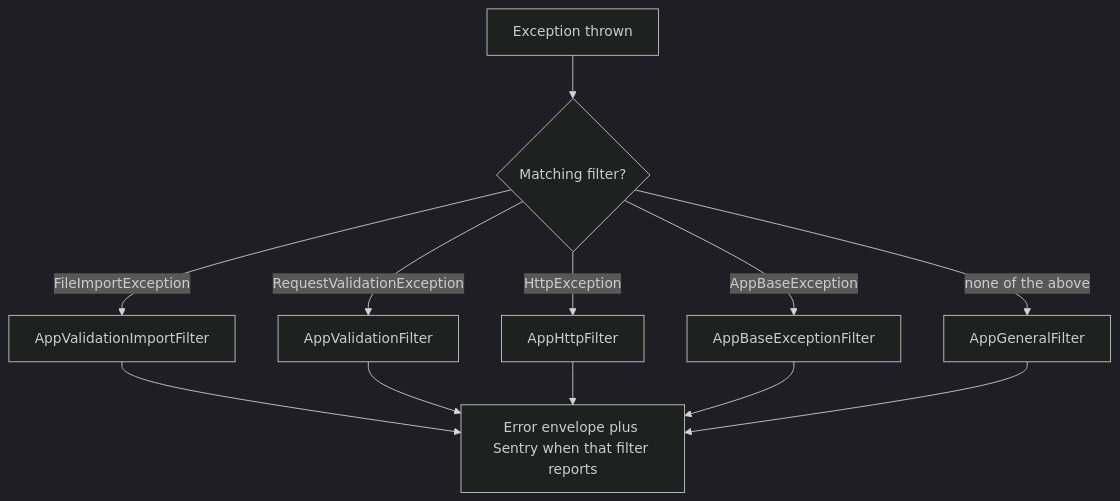
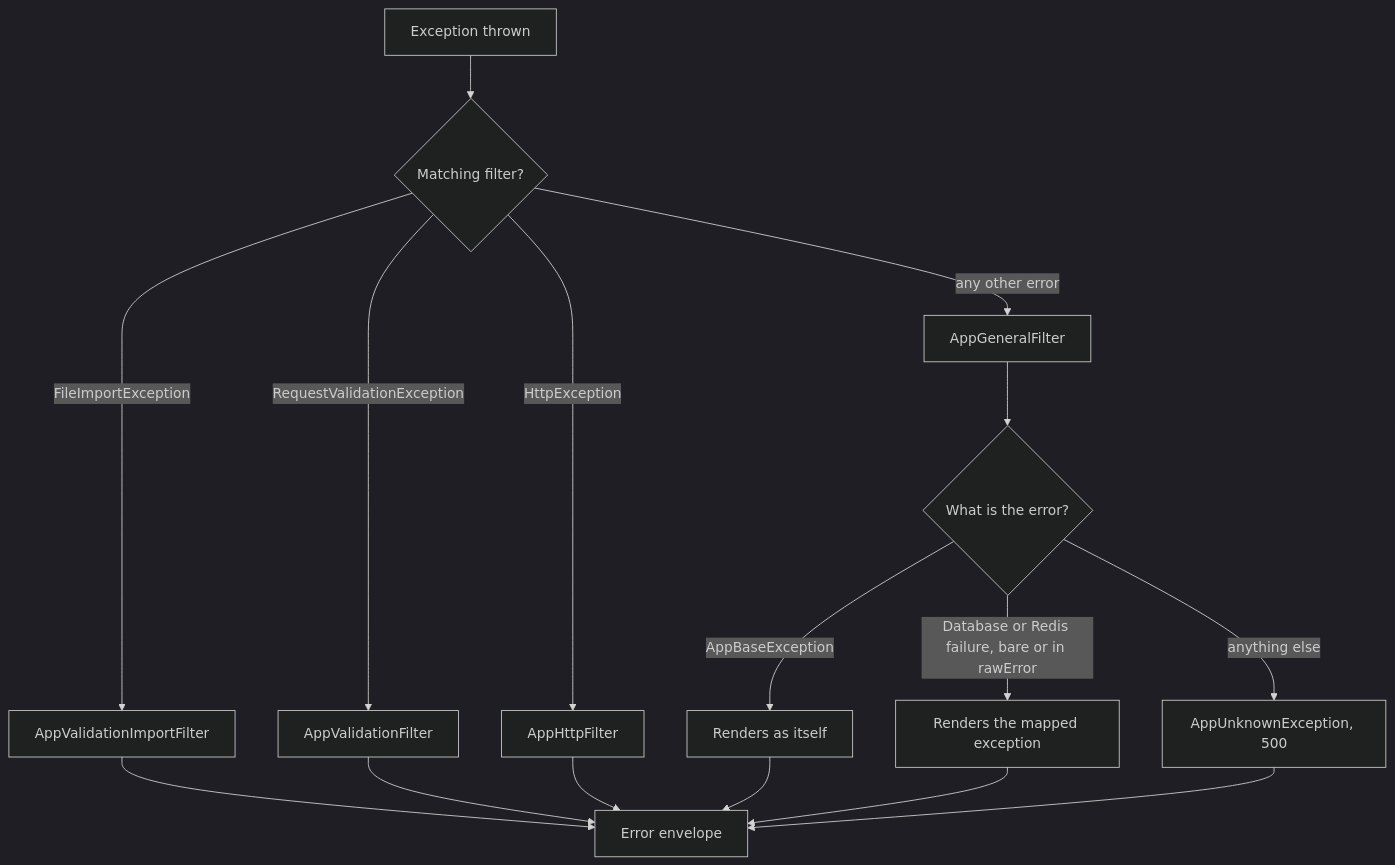
One commit to andrechristikan/ack-nestjs-boilerplate changed the diagram in docs/handling-error.md. Above: the diagram before and after it, drawn with Mermaid (dark theme). The commit also changed other lines of this file and 387 other files, not shown here.

Commit message:
refactor: Base pagination search, activity-log naming, FCM token retry, and typed error handling

````diff
--- a/docs/handling-error.md
+++ b/docs/handling-error.md
@@ -59,14 +58,18 @@
 ```mermaid
 flowchart TD
     E[Exception thrown] --> M{Matching filter?}
     M -->|FileImportException| VI[AppValidationImportFilter]
     M -->|RequestValidationException| V[AppValidationFilter]
     M -->|HttpException| H[AppHttpFilter]
-    M -->|AppBaseException| B[AppBaseExceptionFilter]
-    M -->|none of the above| G[AppGeneralFilter]
-    VI --> R[Error envelope plus Sentry when that filter reports]
+    M -->|any other error| G[AppGeneralFilter]
+    G --> C{What is the error?}
+    C -->|AppBaseException| B1[Renders as itself]
+    C -->|Database or Redis failure, bare or in rawError| B2[Renders the mapped exception]
+    C -->|anything else| B3[AppUnknownException, 500]
+    VI --> R[Error envelope]
     V --> R
     H --> R
-    B --> R
-    G --> R
+    B1 --> R
+    B2 --> R
+    B3 --> R
 ```
````
